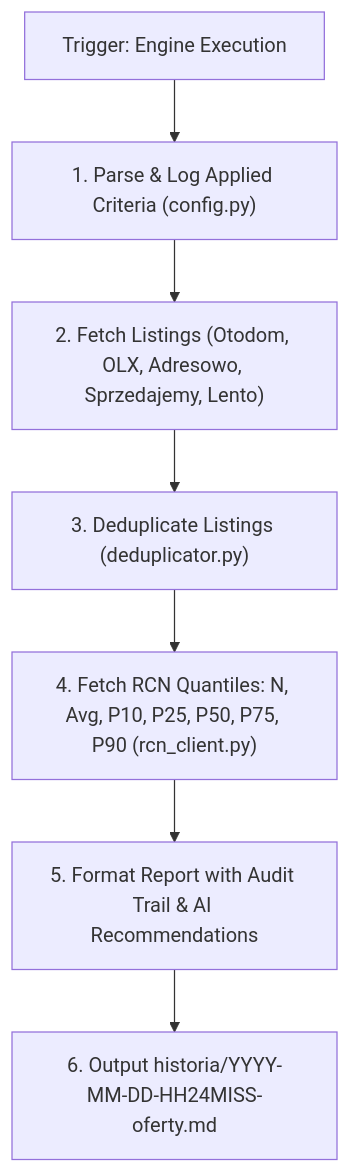
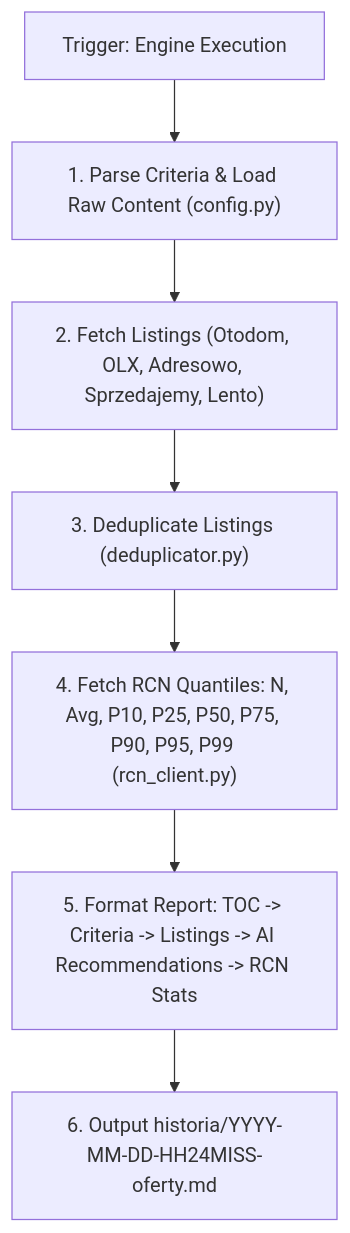
Before and after one commit to ptrzeciakowski/gen-ai-orchestrator: the diagram in openspec/changes/wyszukiwarka-nieruchomosci/design.md, drawn with Mermaid. The commit also changed other lines of this file and 10 other files, not shown here.

First line of the commit message:
Enhance RCN Client and Report Generator with Extended Quantile Statistics

````diff
--- a/openspec/changes/wyszukiwarka-nieruchomosci/design.md
+++ b/openspec/changes/wyszukiwarka-nieruchomosci/design.md
@@ -74,9 +30,9 @@
 ```mermaid
 graph TD
-    A["Trigger: Engine Execution"] --> B["1. Parse & Log Applied Criteria (config.py)"]
+    A["Trigger: Engine Execution"] --> B["1. Parse Criteria & Load Raw Content (config.py)"]
     B --> C["2. Fetch Listings (Otodom, OLX, Adresowo, Sprzedajemy, Lento)"]
     C --> D["3. Deduplicate Listings (deduplicator.py)"]
-    D --> E["4. Fetch RCN Quantiles: N, Avg, P10, P25, P50, P75, P90 (rcn_client.py)"]
-    E --> F["5. Format Report with Audit Trail & AI Recommendations"]
+    D --> E["4. Fetch RCN Quantiles: N, Avg, P10, P25, P50, P75, P90, P95, P99 (rcn_client.py)"]
+    E --> F["5. Format Report: TOC -> Criteria -> Listings -> AI Recommendations -> RCN Stats"]
     F --> G["6. Output historia/YYYY-MM-DD-HH24MISS-oferty.md"]
 ```
````
